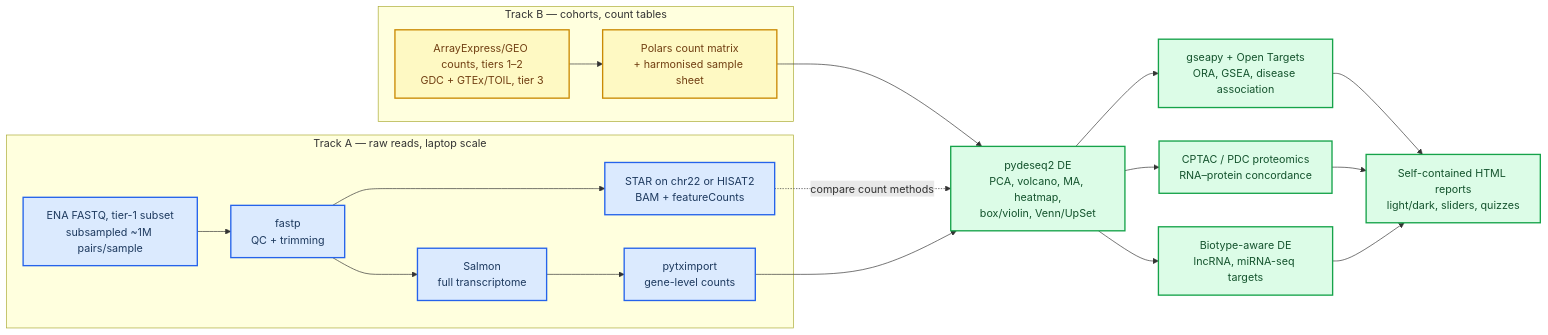
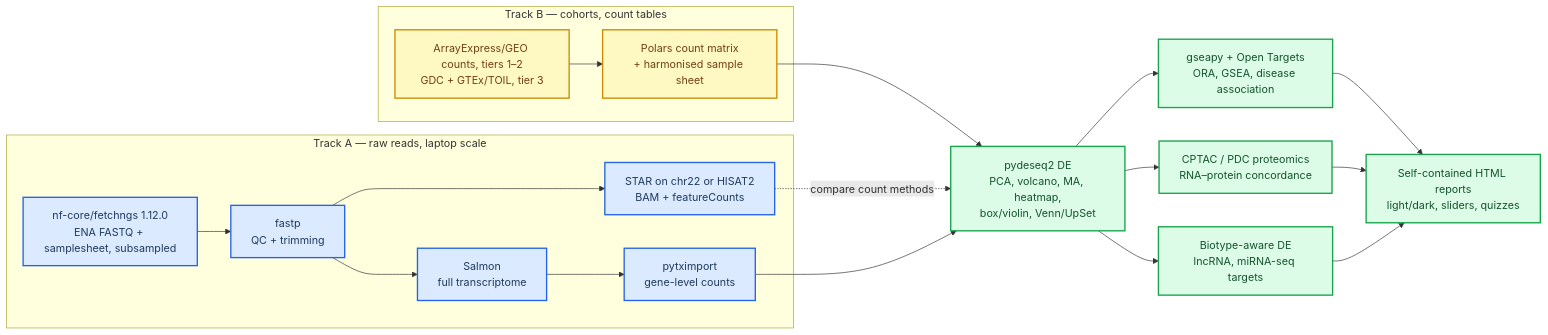
Before and after one commit to Aramburu-Lab/RNAseq_tutorial: the diagram in TODO.md, drawn with Mermaid. The commit also changed other lines of this file and 3 other files, not shown here.

````diff
--- a/TODO.md
+++ b/TODO.md
@@ -29,34 +29,34 @@
 ```mermaid
 flowchart LR
     accTitle: Two-Track Teaching Architecture
     accDescr: Track A runs the complete read-level pipeline on subsampled FASTQ files so it fits a laptop. Track B uses count tables from immune-cell cohorts and, at tier 3, from TCGA and GTEx, for realistic cohort statistics. Both tracks feed the same differential expression and functional annotation modules; two integration modules compare RNA changes with proteomics and handle non-coding RNAs before reporting.
 
     subgraph track_a["Track A — raw reads, laptop scale"]
-        fastq["ENA FASTQ, tier-1 subset<br/>subsampled ~1M pairs/sample"] --> qc["fastp<br/>QC + trimming"]
+        fastq["nf-core/fetchngs 1.12.0<br/>ENA FASTQ + samplesheet, subsampled"] --> qc["fastp<br/>QC + trimming"]
         qc --> align["STAR on chr22 or HISAT2<br/>BAM + featureCounts"]
         qc --> salmon["Salmon<br/>full transcriptome"]
         salmon --> tximport["pytximport<br/>gene-level counts"]
     end
 
     subgraph track_b["Track B — cohorts, count tables"]
         gdc["ArrayExpress/GEO counts, tiers 1–2<br/>GDC + GTEx/TOIL, tier 3"] --> matrix["Polars count matrix<br/>+ harmonised sample sheet"]
     end
 
     tximport --> de["pydeseq2 DE<br/>PCA, volcano, MA, heatmap,<br/>box/violin, Venn/UpSet"]
     matrix --> de
     align -.->|"compare count methods"| de
     de --> func["gseapy + Open Targets<br/>ORA, GSEA, disease association"]
     de --> prot["CPTAC / PDC proteomics<br/>RNA–protein concordance"]
     de --> ncrna["Biotype-aware DE<br/>lncRNA, miRNA-seq targets"]
     func --> report["Self-contained HTML reports<br/>light/dark, sliders, quizzes"]
     prot --> report
     ncrna --> report
 
     classDef reads fill:#dbeafe,stroke:#2563eb,stroke-width:2px,color:#1e3a5f
     classDef cohort fill:#fef9c3,stroke:#ca8a04,stroke-width:2px,color:#713f12
     classDef shared fill:#dcfce7,stroke:#16a34a,stroke-width:2px,color:#14532d
 
     class fastq,qc,align,salmon,tximport reads
     class gdc,matrix cohort
     class de,func,prot,ncrna,report shared
 ```
````
